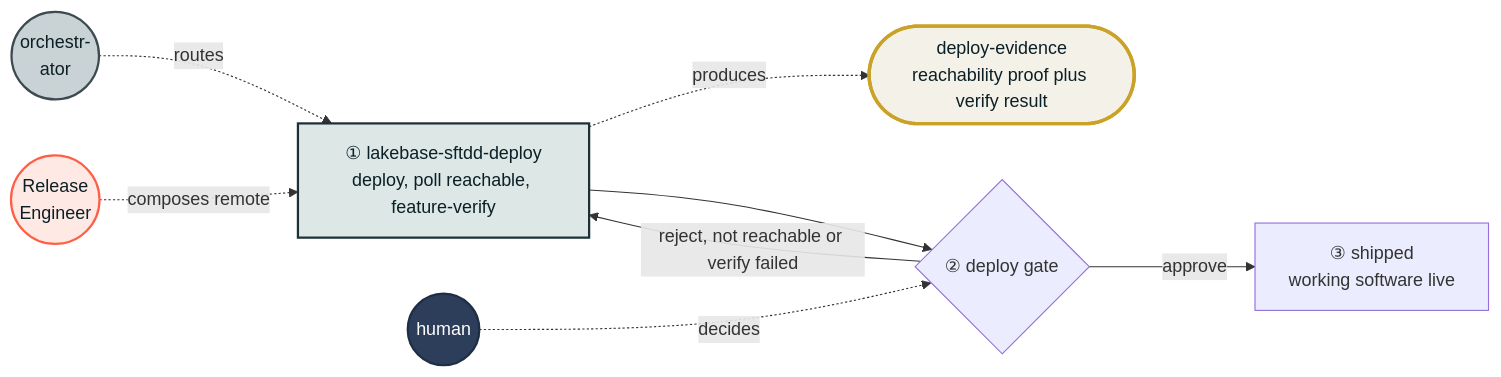
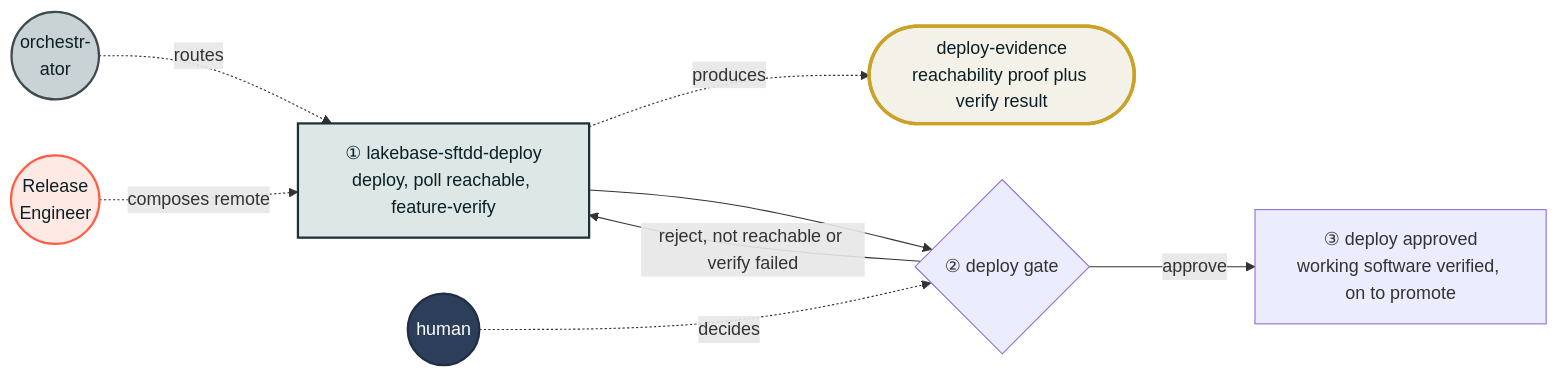
Before and after one commit to databricks-solutions/lakebase-app-dev-kit: the eighth of 10 diagrams in skills/lakebase-sftdd-workflows/references/workflow-state-machine.md, drawn with Mermaid. The commit also changed other lines of this file, not shown here.

First line of the commit message:
docs(sftdd): close representation gaps across workflow-state-machine diagrams

````diff
--- a/skills/lakebase-sftdd-workflows/references/workflow-state-machine.md
+++ b/skills/lakebase-sftdd-workflows/references/workflow-state-machine.md
@@ -246,24 +260,24 @@
 ```mermaid
 flowchart LR
     ORCH(("orchestr-<br/>ator")) -. routes .-> deploy
     RE(("Release<br/>Engineer")) -. composes remote .-> deploy
     deploy["① lakebase-sftdd-deploy<br/>deploy, poll reachable, feature-verify"] -. produces .-> evidence(["deploy-evidence<br/>reachability proof plus verify result"])
     deploy --> DeployGate
     HU(("human")) -. decides .-> DeployGate
     DeployGate{② deploy gate}
     DeployGate -->|reject, not reachable or verify failed| deploy
-    DeployGate -->|approve| shipped
-    shipped["③ shipped<br/>working software live"]
+    DeployGate -->|approve| approved
+    approved["③ deploy approved<br/>working software verified, on to promote"]
 
     classDef orch fill:#C9D2D4,stroke:#3D4A4F,stroke-width:2px,color:#0B2026;
     classDef role fill:#FFE9E4,stroke:#FF5F46,stroke-width:2px,color:#0B2026;
     classDef determ fill:#DCE7E6,stroke:#1B3137,stroke-width:2px,color:#0B2026;
     classDef human fill:#2C3E5A,stroke:#1F2E45,stroke-width:2px,color:#FFFFFF;
     classDef artifact fill:#F4F1E8,stroke:#B9A88F,stroke-width:1px,color:#0B2026;
     classDef frozen fill:#F4F1E8,stroke:#C9A227,stroke-width:3px,color:#0B2026;
     class ORCH orch;
     class RE role;
     class deploy determ;
     class HU human;
     class evidence frozen;
 ```
````
